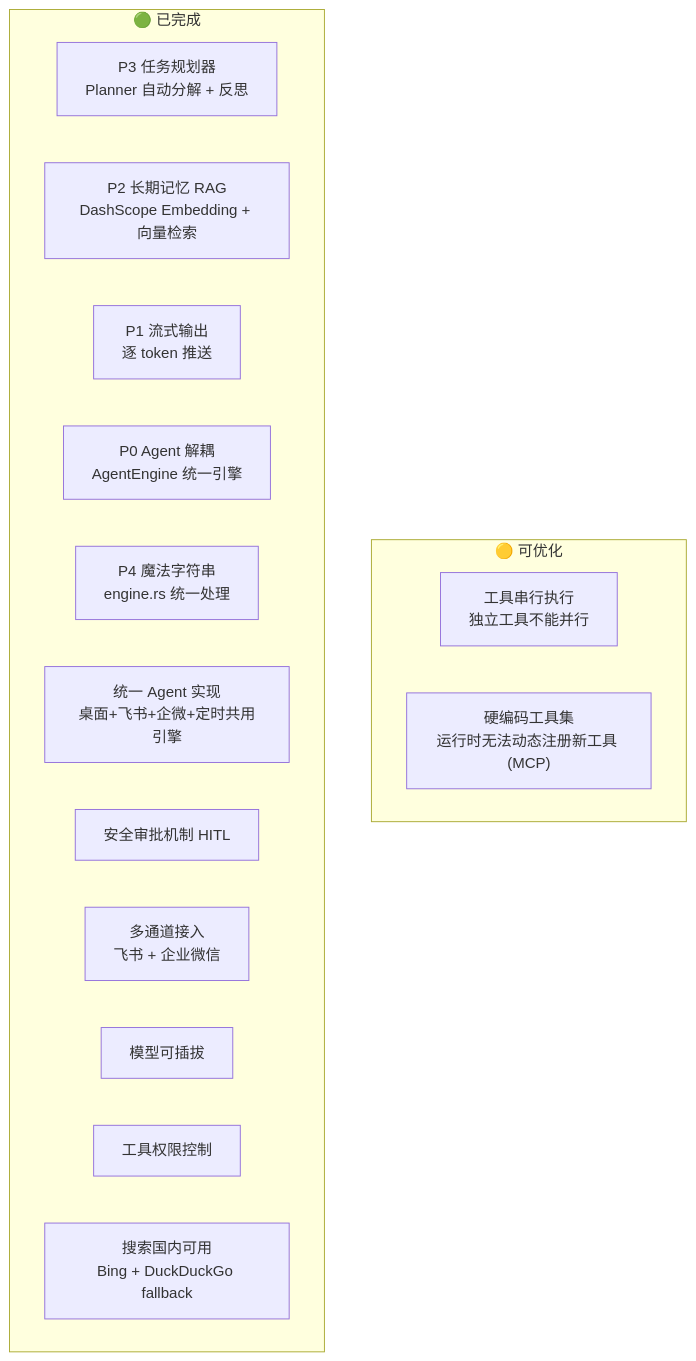
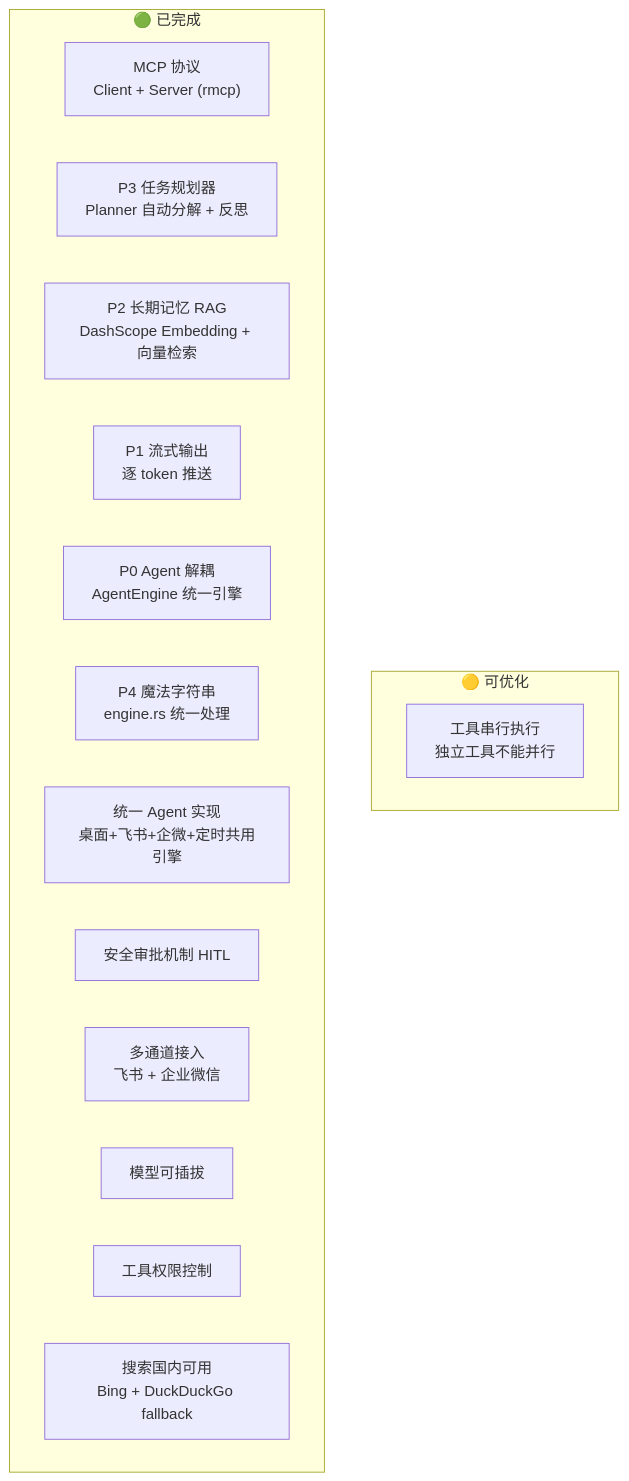
Diagram 22 of 32 in docs/architecture.md (Zelexshow/auto-crab), drawn with Mermaid before and after one commit. The commit also changed other lines of this file and 22 other files, not shown here.

````diff
--- a/docs/architecture.md
+++ b/docs/architecture.md
@@ -993,21 +995,21 @@
 ```mermaid
 graph TB
     subgraph "🟡 可优化"
         G5["工具串行执行<br/>独立工具不能并行"]
-        G6["硬编码工具集<br/>运行时无法动态注册新工具 (MCP)"]
     end
 
     subgraph "🟢 已完成"
+        G6["MCP 协议<br/>Client + Server (rmcp)"]
         G1["P3 任务规划器<br/>Planner 自动分解 + 反思"]
         G2["P2 长期记忆 RAG<br/>DashScope Embedding + 向量检索"]
         G3["P1 流式输出<br/>逐 token 推送"]
         G4["P0 Agent 解耦<br/>AgentEngine 统一引擎"]
         G7["P4 魔法字符串<br/>engine.rs 统一处理"]
         G8["统一 Agent 实现<br/>桌面+飞书+企微+定时共用引擎"]
         G9["安全审批机制 HITL"]
         G10["多通道接入<br/>飞书 + 企业微信"]
         G11["模型可插拔"]
         G12["工具权限控制"]
         G13["搜索国内可用<br/>Bing + DuckDuckGo fallback"]
     end
 ```
````
